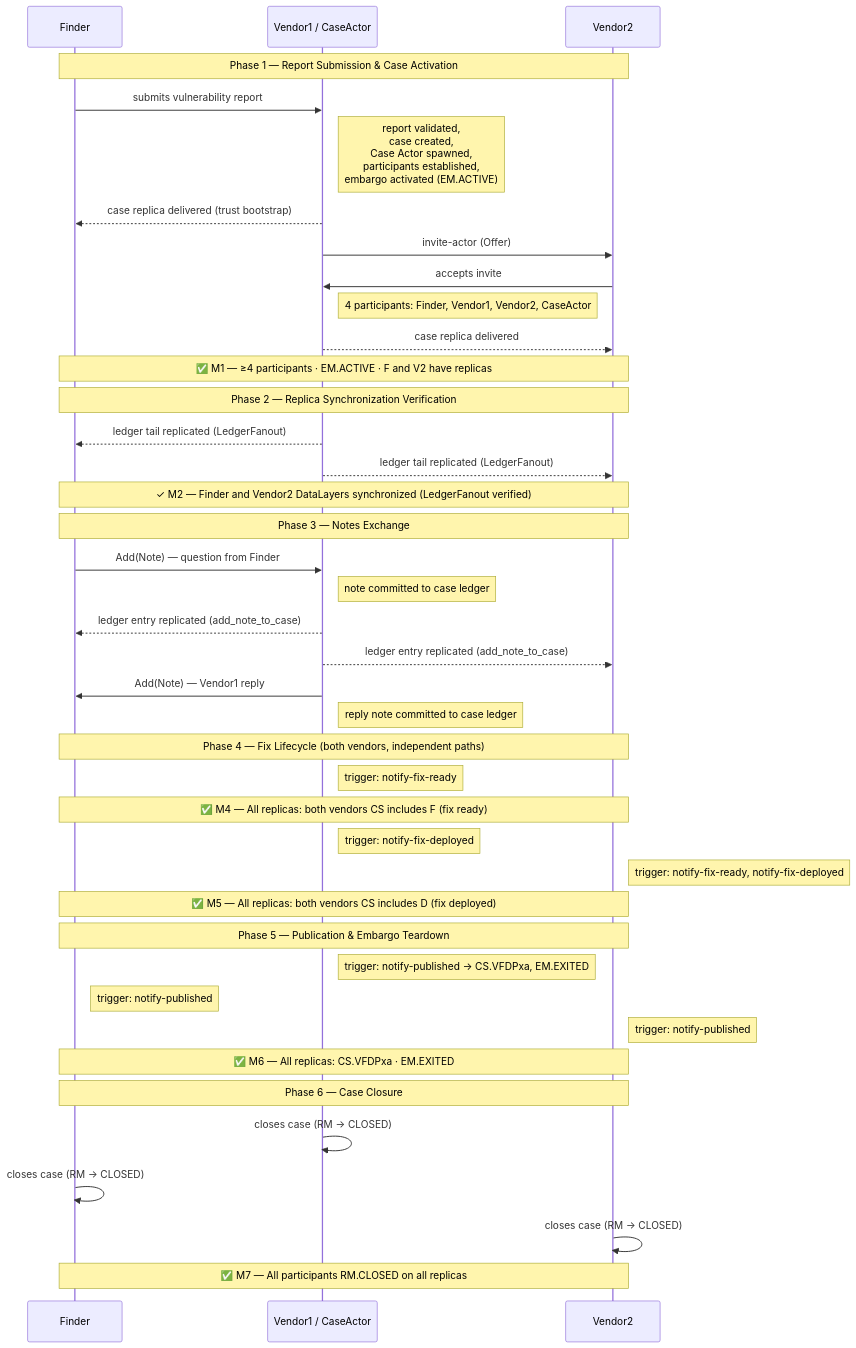
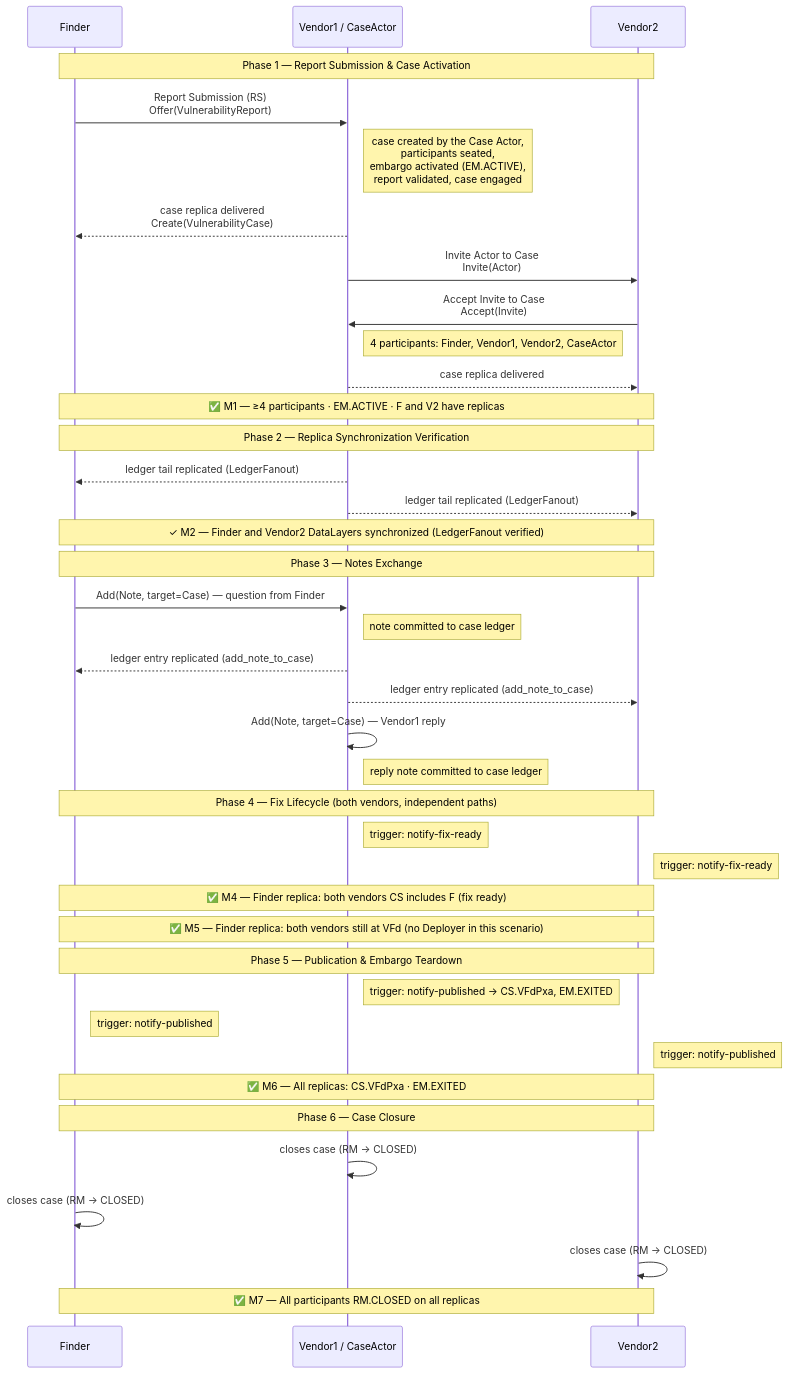
One commit to CERTCC/Vultron changed the diagram in docs/howto/demos/fvv-demo.md. Above: the diagram before and after it, drawn with Mermaid. The commit also changed other lines of this file and 24 other files, not shown here.

````diff
--- a/docs/howto/demos/fvv-demo.md
+++ b/docs/howto/demos/fvv-demo.md
@@ -74,56 +76,54 @@
 ```mermaid
 sequenceDiagram
     participant F as Finder
     participant V1 as Vendor1 / CaseActor
     participant V2 as Vendor2
 
     note over F,V2: Phase 1 — Report Submission & Case Activation
 
-    F->>V1: submits vulnerability report
-    note right of V1: report validated,<br/>case created,<br/>Case Actor spawned,<br/>participants established,<br/>embargo activated (EM.ACTIVE)
-    V1-->>F: case replica delivered (trust bootstrap)
-    V1->>V2: invite-actor (Offer)
-    V2->>V1: accepts invite
+    F->>V1: Report Submission (RS)<br/>Offer(VulnerabilityReport)
+    note right of V1: case created by the Case Actor,<br/>participants seated,<br/>embargo activated (EM.ACTIVE),<br/>report validated, case engaged
+    V1-->>F: case replica delivered<br/>Create(VulnerabilityCase)
+    V1->>V2: Invite Actor to Case<br/>Invite(Actor)
+    V2->>V1: Accept Invite to Case<br/>Accept(Invite)
     note right of V1: 4 participants: Finder, Vendor1, Vendor2, CaseActor
     V1-->>V2: case replica delivered
 
     note over F,V2: ✅ M1 — ≥4 participants · EM.ACTIVE · F and V2 have replicas
 
     note over F,V2: Phase 2 — Replica Synchronization Verification
 
     V1-->>F: ledger tail replicated (LedgerFanout)
     V1-->>V2: ledger tail replicated (LedgerFanout)
     note over F,V2: ✓ M2 — Finder and Vendor2 DataLayers synchronized (LedgerFanout verified)
 
     note over F,V2: Phase 3 — Notes Exchange
 
-    F->>V1: Add(Note) — question from Finder
+    F->>V1: Add(Note, target=Case) — question from Finder
     note right of V1: note committed to case ledger
     V1-->>F: ledger entry replicated (add_note_to_case)
     V1-->>V2: ledger entry replicated (add_note_to_case)
-    V1->>F: Add(Note) — Vendor1 reply
+    V1->>V1: Add(Note, target=Case) — Vendor1 reply
     note right of V1: reply note committed to case ledger
 
     note over F,V2: Phase 4 — Fix Lifecycle (both vendors, independent paths)
 
     note right of V1: trigger: notify-fix-ready
-    note over F,V2: ✅ M4 — All replicas: both vendors CS includes F (fix ready)
-
-    note right of V1: trigger: notify-fix-deployed
-    note right of V2: trigger: notify-fix-ready, notify-fix-deployed
-    note over F,V2: ✅ M5 — All replicas: both vendors CS includes D (fix deployed)
+    note right of V2: trigger: notify-fix-ready
+    note over F,V2: ✅ M4 — Finder replica: both vendors CS includes F (fix ready)
+    note over F,V2: ✅ M5 — Finder replica: both vendors still at VFd (no Deployer in this scenario)
 
     note over F,V2: Phase 5 — Publication & Embargo Teardown
 
-    note right of V1: trigger: notify-published → CS.VFDPxa, EM.EXITED
+    note right of V1: trigger: notify-published → CS.VFdPxa, EM.EXITED
     note right of F: trigger: notify-published
     note right of V2: trigger: notify-published
-    note over F,V2: ✅ M6 — All replicas: CS.VFDPxa · EM.EXITED
+    note over F,V2: ✅ M6 — All replicas: CS.VFdPxa · EM.EXITED
 
     note over F,V2: Phase 6 — Case Closure
 
     V1->>V1: closes case (RM → CLOSED)
     F->>F: closes case (RM → CLOSED)
     V2->>V2: closes case (RM → CLOSED)
     note over F,V2: ✅ M7 — All participants RM.CLOSED on all replicas
 ```
````
